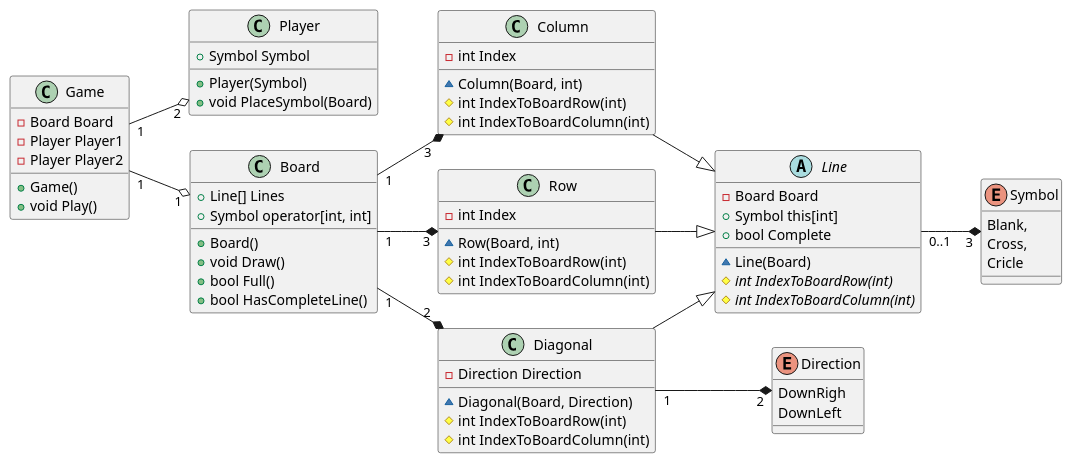
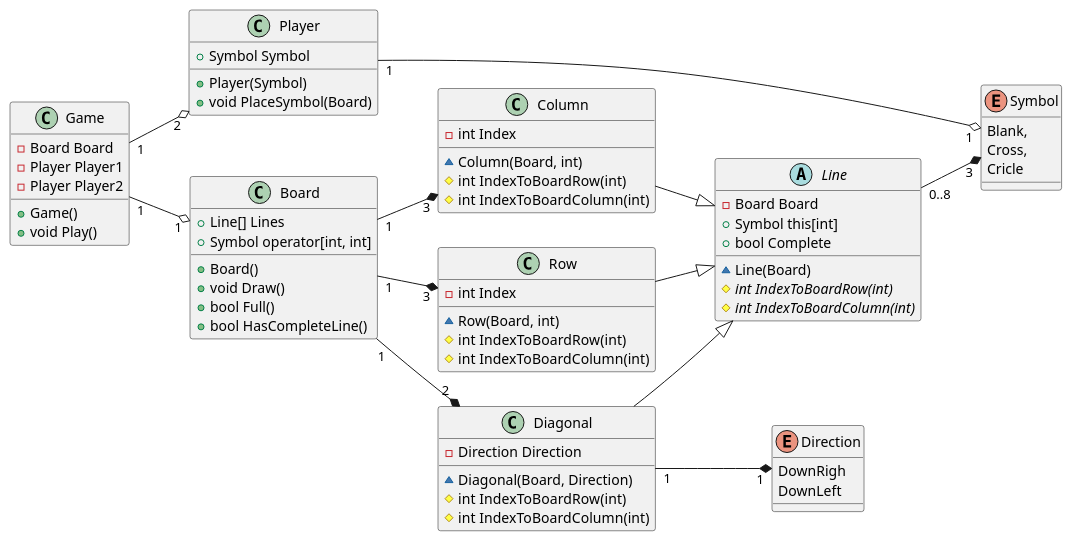
The third of 3 diagrams in lektioner/13-objektorienterad-programmering/13-objektorienterad-programmering.notes.md (jonaskeisu/newton-sysg-op1), drawn with PlantUML before and after one commit. The commit also changed other lines of this file and 4 other files, not shown here.

````diff
--- a/lektioner/13-objektorienterad-programmering/13-objektorienterad-programmering.notes.md
+++ b/lektioner/13-objektorienterad-programmering/13-objektorienterad-programmering.notes.md
@@ -239,6 +240,7 @@
 
 Game "1" --o "2" Player
 Game "1" --o "1" Board
+Player "1" --o "1" Symbol
 
 class Board
 {
@@ -308,6 +310,6 @@
 Board "1" --* "3" Column
 Board "1" --* "2" Diagonal
 
-Line "0..1" --* "3" Symbol
-Diagonal "1" --* "2" Direction
+Line "0..8" --* "3" Symbol
+Diagonal "1" --* "1" Direction
 ```
````
